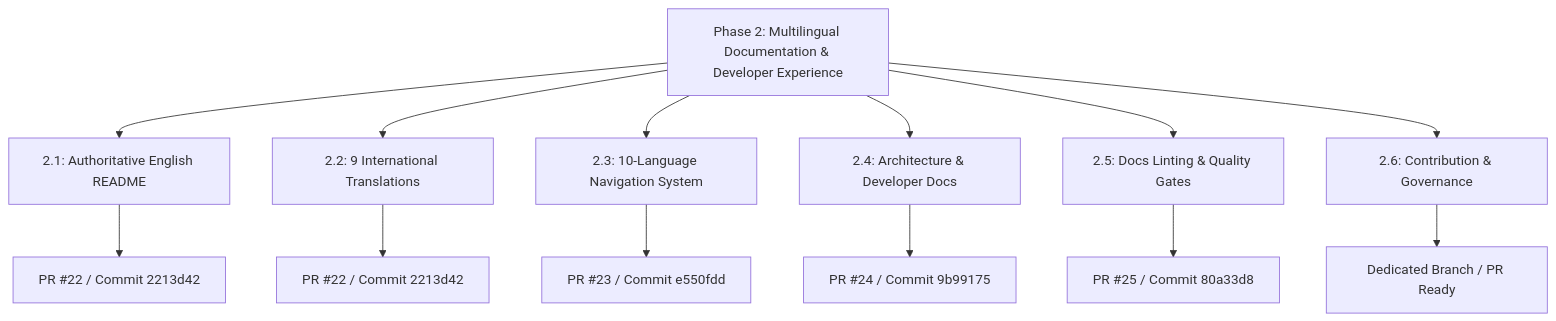
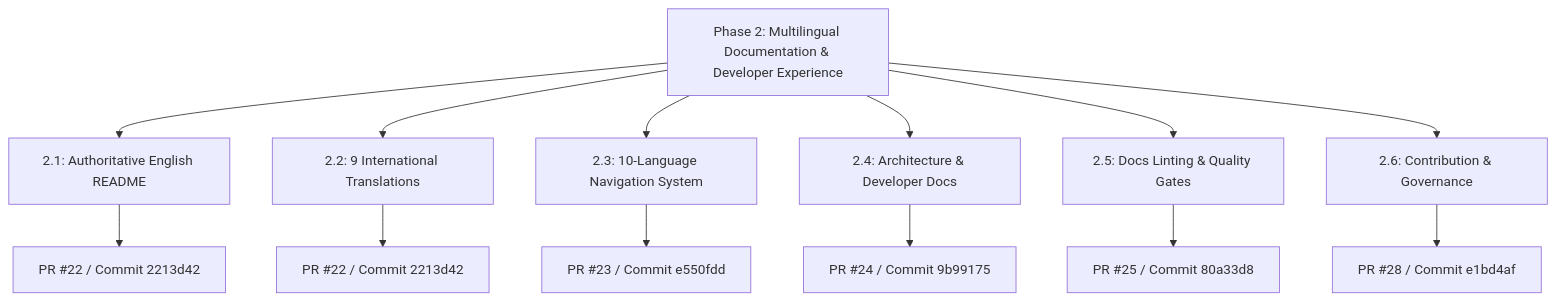
The diagram in docs/audit/PHASE_2_COMPLETION.md (krishanth7/dera), drawn with Mermaid before and after one commit. The commit also changed other lines of this file and 2 other files, not shown here.

````diff
--- a/docs/audit/PHASE_2_COMPLETION.md
+++ b/docs/audit/PHASE_2_COMPLETION.md
@@ -19,24 +19,24 @@
 ```mermaid
 flowchart TD
     P2[Phase 2: Multilingual Documentation & Developer Experience]
     P21[2.1: Authoritative English README]
     P22[2.2: 9 International Translations]
     P23[2.3: 10-Language Navigation System]
     P24[2.4: Architecture & Developer Docs]
     P25[2.5: Docs Linting & Quality Gates]
     P26[2.6: Contribution & Governance]
 
     P2 --> P21
     P2 --> P22
     P2 --> P23
     P2 --> P24
     P2 --> P25
     P2 --> P26
 
     P21 --> V21[PR #22 / Commit 2213d42]
     P22 --> V22[PR #22 / Commit 2213d42]
     P23 --> V23[PR #23 / Commit e550fdd]
     P24 --> V24[PR #24 / Commit 9b99175]
     P25 --> V25[PR #25 / Commit 80a33d8]
-    P26 --> V26[Dedicated Branch / PR Ready]
+    P26 --> V26[PR #28 / Commit e1bd4af]
 ```
````
